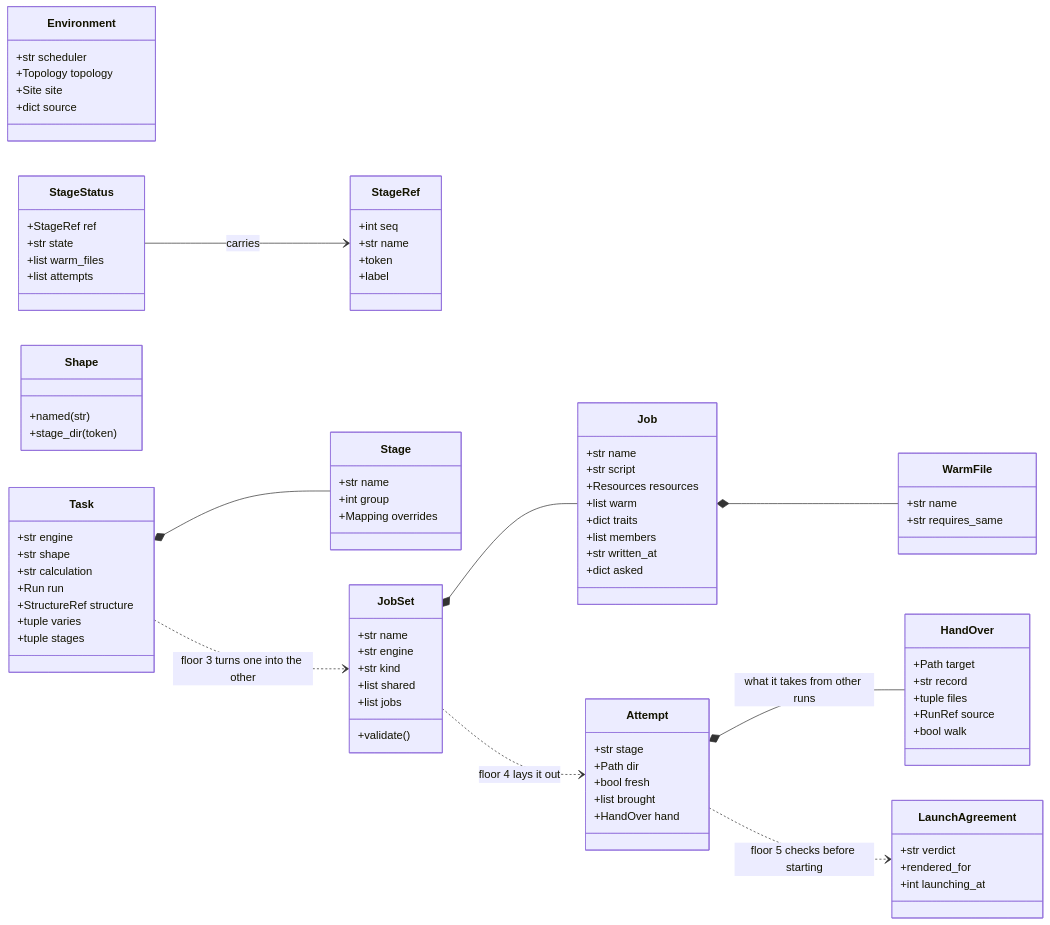
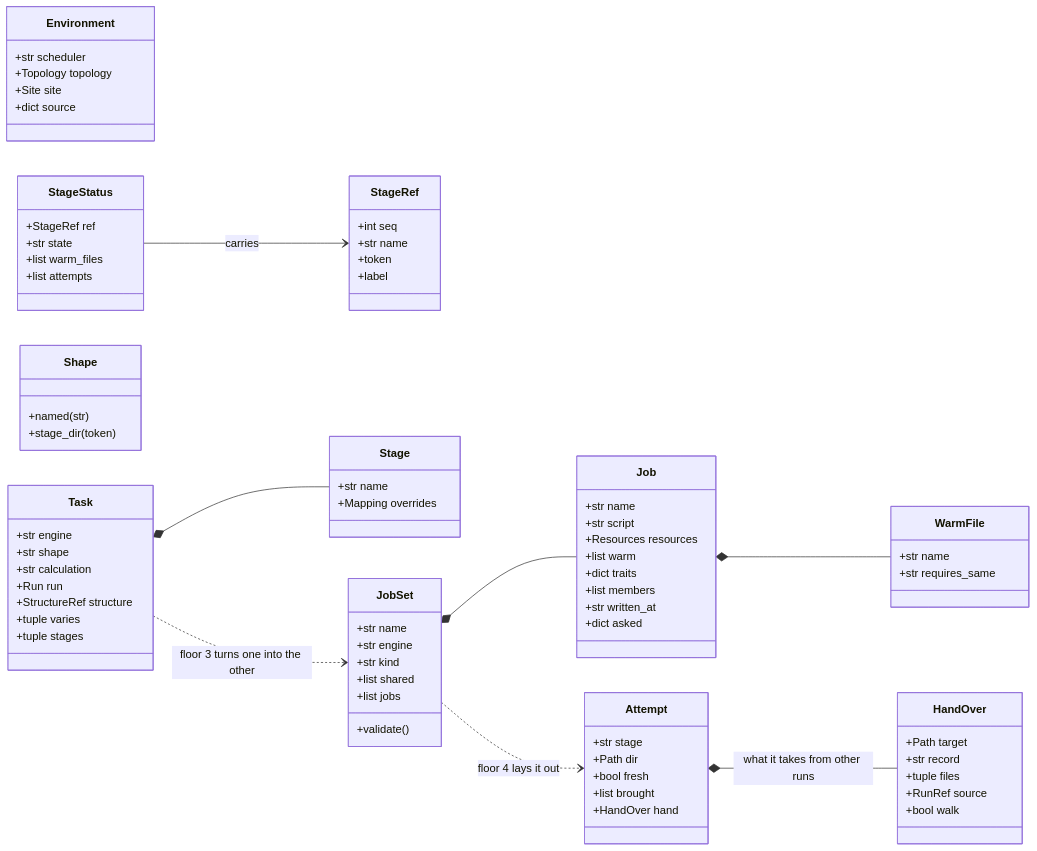
One commit to Qing-LAB/molbuilder changed the third of 10 diagrams in docs/execution/architecture.md. Above: the diagram before and after it, drawn with Mermaid. The commit also changed other lines of this file and 196 other files, not shown here.

````diff
--- a/docs/execution/architecture.md
+++ b/docs/execution/architecture.md
@@ -321,7 +321,6 @@
     }
     class Stage {
       +str name
-      +int group
       +Mapping overrides
     }
     class JobSet {
@@ -364,11 +363,6 @@
       +RunRef source
       +bool walk
     }
-    class LaunchAgreement {
-      +str verdict
-      +rendered_for
-      +int launching_at
-    }
     class StageStatus {
       +StageRef ref
       +str state
@@ -382,5 +376,4 @@
     Task ..> JobSet : floor 3 turns one into the other
     JobSet ..> Attempt : floor 4 lays it out
     Attempt *-- HandOver : what it takes from other runs
-    Attempt ..> LaunchAgreement : floor 5 checks before starting
 ```
````
